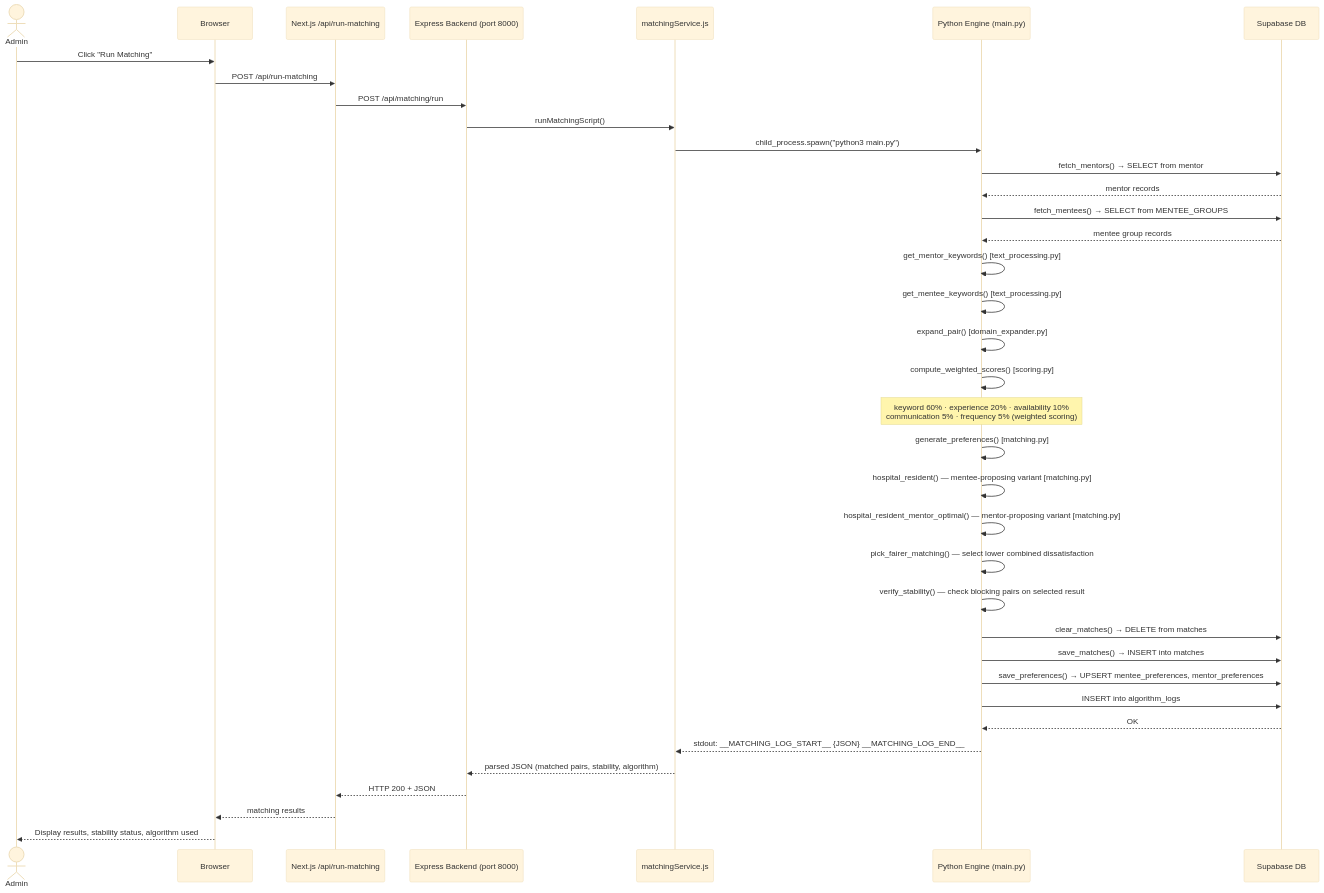
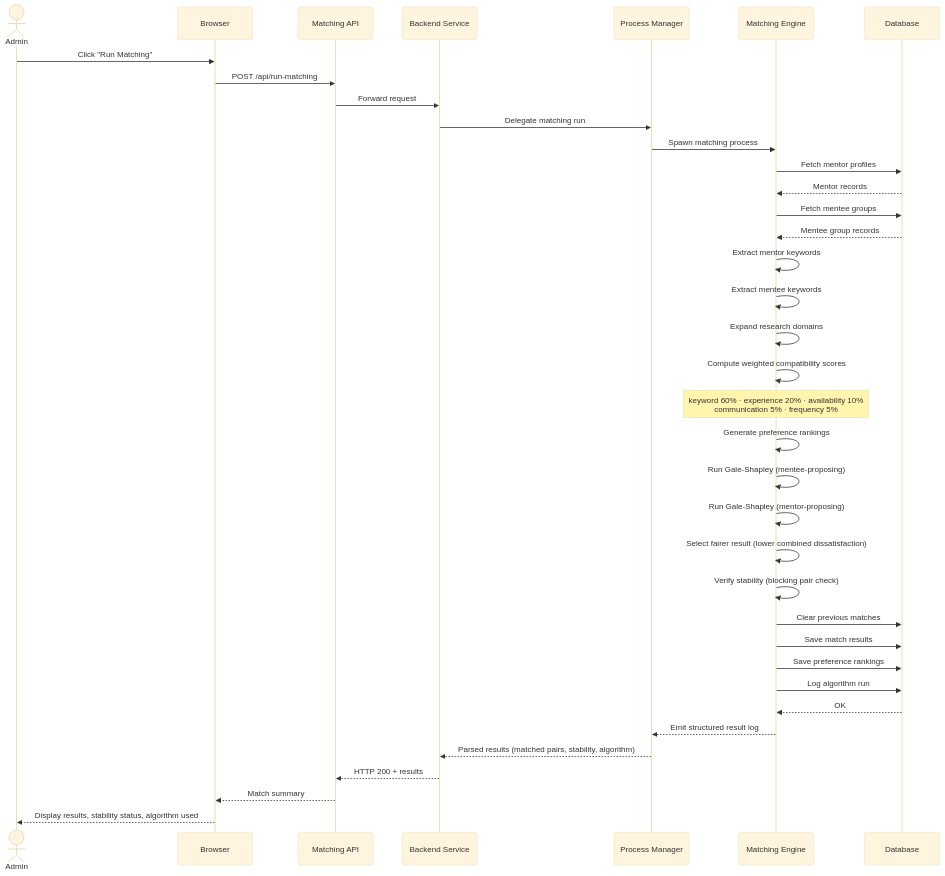
Before and after one commit to ieqisg/fortis-nexus: the second of 7 diagrams in docs/system-diagrams.md, drawn with Mermaid (base theme). The commit also changed other lines of this file, not shown here.

````diff
--- a/docs/system-diagrams.md
+++ b/docs/system-diagrams.md
@@ -56,48 +54,48 @@
 ```mermaid
 sequenceDiagram
-    actor Admin as Admin
-    participant Browser as Browser
-    participant NextAPI as Next.js /api/run-matching
-    participant Express as Express Backend (port 8000)
-    participant Service as matchingService.js
-    participant Python as Python Engine (main.py)
-    participant DB as Supabase DB
+    actor Admin
+    participant Browser
+    participant Matching API
+    participant Backend Service
+    participant Process Manager
+    participant Matching Engine
+    participant Database
 
     Admin->>Browser: Click "Run Matching"
-    Browser->>NextAPI: POST /api/run-matching
+    Browser->>Matching API: POST /api/run-matching
 
-    NextAPI->>Express: POST /api/matching/run
-    Express->>Service: runMatchingScript()
-    Service->>Python: child_process.spawn("python3 main.py")
+    Matching API->>Backend Service: Forward request
+    Backend Service->>Process Manager: Delegate matching run
+    Process Manager->>Matching Engine: Spawn matching process
 
-    Python->>DB: fetch_mentors() → SELECT from mentor
-    DB-->>Python: mentor records
+    Matching Engine->>Database: Fetch mentor profiles
+    Database-->>Matching Engine: Mentor records
 
-    Python->>DB: fetch_mentees() → SELECT from MENTEE_GROUPS
-    DB-->>Python: mentee group records
+    Matching Engine->>Database: Fetch mentee groups
+    Database-->>Matching Engine: Mentee group records
 
-    Python->>Python: get_mentor_keywords() [text_processing.py]
-    Python->>Python: get_mentee_keywords() [text_processing.py]
-    Python->>Python: expand_pair() [domain_expander.py]
+    Matching Engine->>Matching Engine: Extract mentor keywords
+    Matching Engine->>Matching Engine: Extract mentee keywords
+    Matching Engine->>Matching Engine: Expand research domains
 
-    Python->>Python: compute_weighted_scores() [scoring.py]
-    Note over Python: keyword 60% · experience 20% · availability 10%<br/>communication 5% · frequency 5% (weighted scoring)
+    Matching Engine->>Matching Engine: Compute weighted compatibility scores
+    Note over Matching Engine: keyword 60% · experience 20% · availability 10%<br/>communication 5% · frequency 5%
 
-    Python->>Python: generate_preferences() [matching.py]
-    Python->>Python: hospital_resident() — mentee-proposing variant [matching.py]
-    Python->>Python: hospital_resident_mentor_optimal() — mentor-proposing variant [matching.py]
-    Python->>Python: pick_fairer_matching() — select lower combined dissatisfaction
-    Python->>Python: verify_stability() — check blocking pairs on selected result
+    Matching Engine->>Matching Engine: Generate preference rankings
+    Matching Engine->>Matching Engine: Run Gale-Shapley (mentee-proposing)
+    Matching Engine->>Matching Engine: Run Gale-Shapley (mentor-proposing)
+    Matching Engine->>Matching Engine: Select fairer result (lower combined dissatisfaction)
+    Matching Engine->>Matching Engine: Verify stability (blocking pair check)
 
-    Python->>DB: clear_matches() → DELETE from matches
-    Python->>DB: save_matches() → INSERT into matches
-    Python->>DB: save_preferences() → UPSERT mentee_preferences, mentor_preferences
-    Python->>DB: INSERT into algorithm_logs
-    DB-->>Python: OK
+    Matching Engine->>Database: Clear previous matches
+    Matching Engine->>Database: Save match results
+    Matching Engine->>Database: Save preference rankings
+    Matching Engine->>Database: Log algorithm run
+    Database-->>Matching Engine: OK
 
-    Python-->>Service: stdout: __MATCHING_LOG_START__ {JSON} __MATCHING_LOG_END__
-    Service-->>Express: parsed JSON (matched pairs, stability, algorithm)
-    Express-->>NextAPI: HTTP 200 + JSON
-    NextAPI-->>Browser: matching results
+    Matching Engine-->>Process Manager: Emit structured result log
+    Process Manager-->>Backend Service: Parsed results (matched pairs, stability, algorithm)
+    Backend Service-->>Matching API: HTTP 200 + results
+    Matching API-->>Browser: Match summary
     Browser-->>Admin: Display results, stability status, algorithm used
 ```
````
